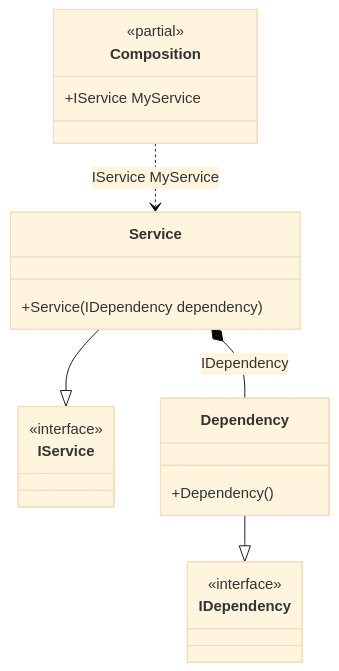
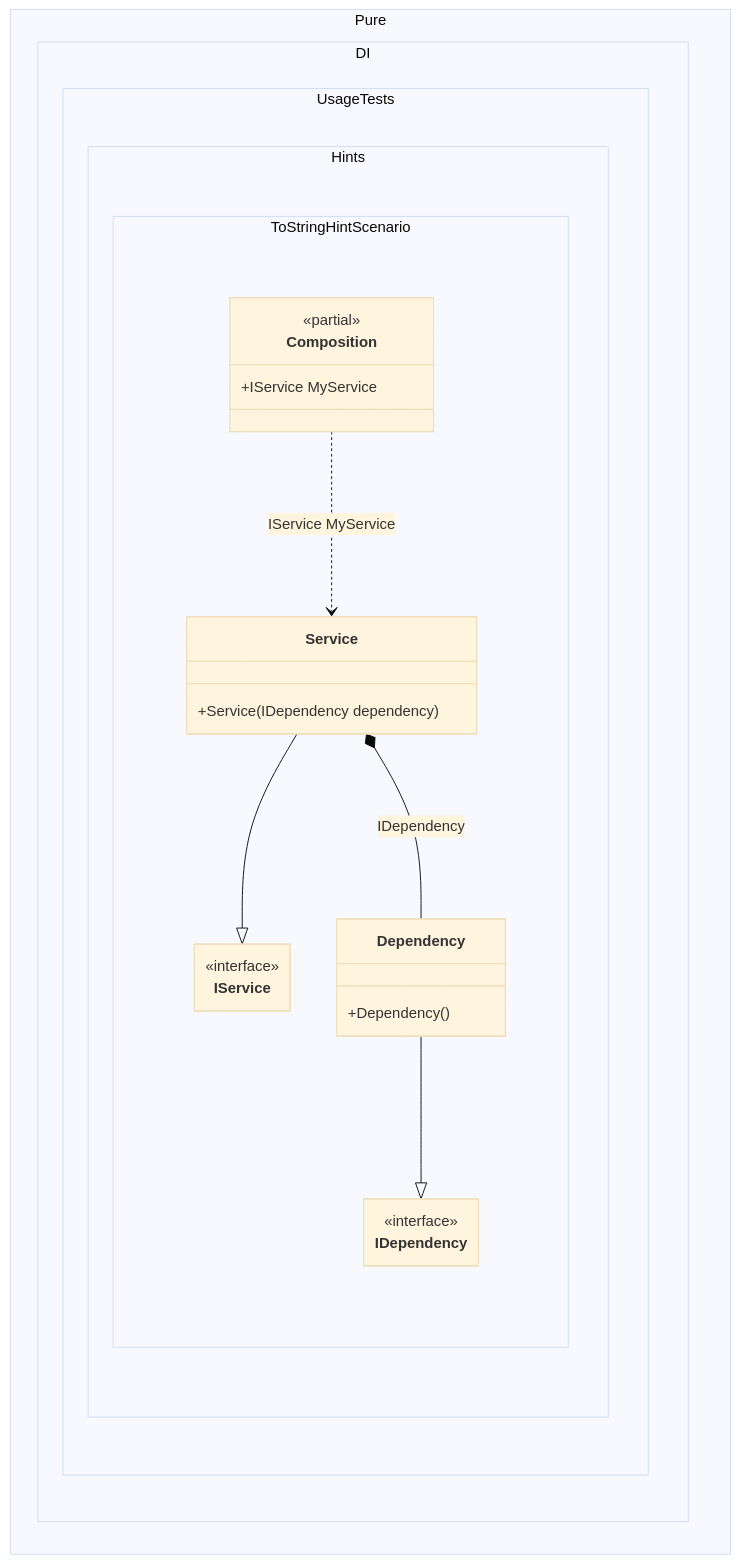
One commit to DevTeam/Pure.DI changed the diagram in readme/tostring-hint.md. Above: the diagram before and after it, drawn with Mermaid (base theme). The commit also changed 103 other files, not shown here.

Commit message:
Improved class diagrams

````diff
--- a/readme/tostring-hint.md
+++ b/readme/tostring-hint.md
@@ -62,23 +62,30 @@
 ```mermaid
+---
+ config:
+  class:
+   hideEmptyMembersBox: true
+---
 classDiagram
-	class Composition {
+	Service --|> IService
+	Dependency --|> IDependency
+	Composition ..> Service : IService MyService
+	Service *--  Dependency : IDependency
+	namespace Pure.DI.UsageTests.Hints.ToStringHintScenario {
+		class Composition {
 		<<partial>>
 		+IService MyService
+		}
+		class Dependency {
+			+Dependency()
+		}
+		class IDependency {
+			<<interface>>
+		}
+		class IService {
+			<<interface>>
+		}
+		class Service {
+			+Service(IDependency dependency)
+		}
 	}
-	Service --|> IService
-	class Service {
-		+Service(IDependency dependency)
-	}
-	Dependency --|> IDependency
-	class Dependency {
-		+Dependency()
-	}
-	class IService {
-		<<interface>>
-	}
-	class IDependency {
-		<<interface>>
-	}
-	Composition ..> Service : IService MyService
-	Service *--  Dependency : IDependency
 ```
````
